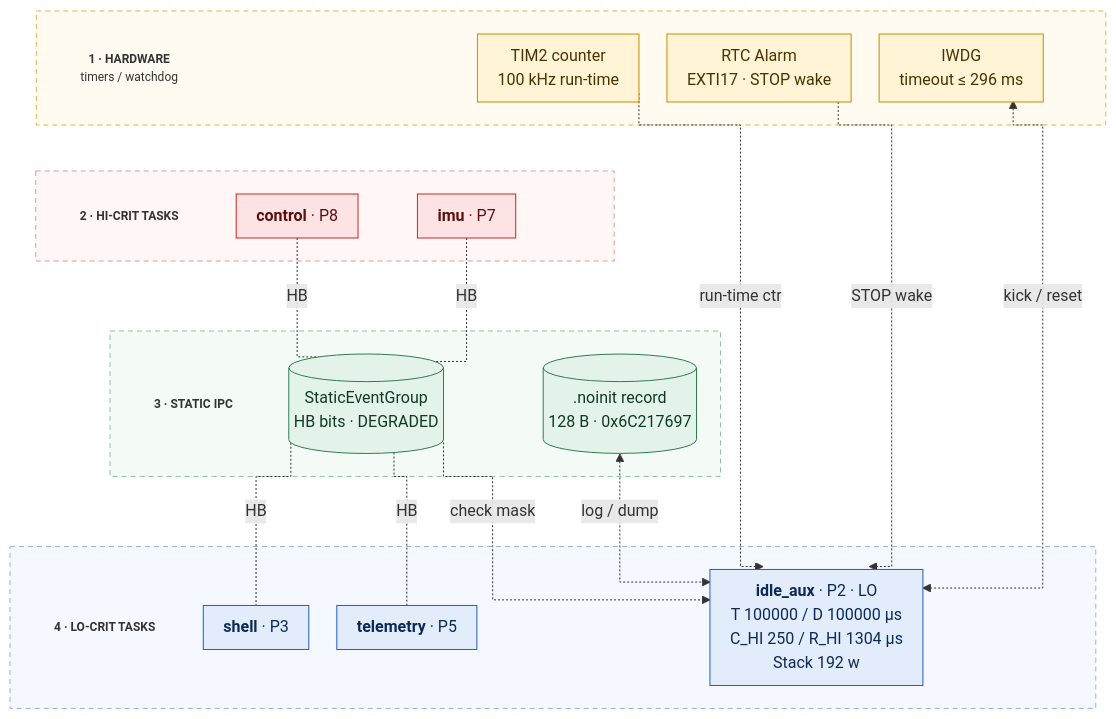
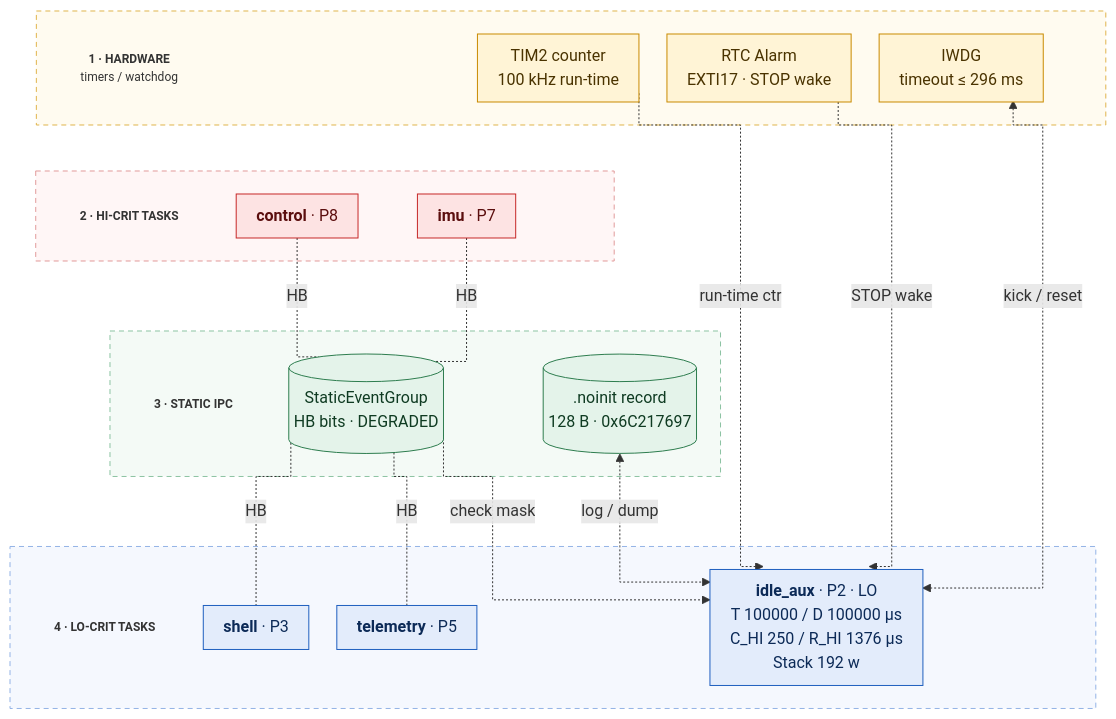
One commit to NguyenTrongNhan2006/intern-261-rtos-course-hard changed the second of 3 diagrams in week4/ex1/REPORT.md. Above: the diagram before and after it, drawn with Mermaid. The commit also changed other lines of this file and 4 other files, not shown here.

````diff
--- a/week4/ex1/REPORT.md
+++ b/week4/ex1/REPORT.md
@@ -76,48 +77,48 @@
 ```mermaid
 %%{init: {"flowchart": {"curve": "stepBefore", "nodeSpacing": 28, "rankSpacing": 46, "padding": 10}}}%%
 flowchart TB
     subgraph L1[" "]
         T1["<b>1 · HARDWARE</b><br/>timers / watchdog"]:::lane
         TIM2["TIM2 counter<br/>100 kHz run-time"]:::hw
         RTC["RTC Alarm<br/>EXTI17 · STOP wake"]:::hw
         IWDG["IWDG<br/>timeout ≤ 296 ms"]:::hw
     end
     subgraph L2[" "]
         T2["<b>2 · HI-CRIT TASKS</b>"]:::lane
         CTRL["<b>control</b> · P8"]:::hi
         IMU["<b>imu</b> · P7"]:::hi
     end
     subgraph L3[" "]
         T3["<b>3 · STATIC IPC</b>"]:::lane
         EGRP[("StaticEventGroup<br/>HB bits · DEGRADED")]:::ipc
         NOINIT[(".noinit record<br/>128 B · 0x6C217697")]:::ipc
     end
     subgraph L4[" "]
         T4["<b>4 · LO-CRIT TASKS</b>"]:::lane
         SHELL["<b>shell</b> · P3"]:::lo
         TEL["<b>telemetry</b> · P5"]:::lo
-        IDLE["<b>idle_aux</b> · P2 · LO<br/>T 100000 / D 100000 µs<br/>C_HI 250 / R_HI 1304 µs<br/>Stack 192 w"]:::lo
+        IDLE["<b>idle_aux</b> · P2 · LO<br/>T 100000 / D 100000 µs<br/>C_HI 250 / R_HI 1376 µs<br/>Stack 192 w"]:::lo
     end
     T1 ~~~ T2
     TIM2 ~~~ CTRL
     RTC ~~~ IMU
     IWDG ~~~ IMU
     CTRL -.-|HB| EGRP
     IMU -.-|HB| EGRP
     EGRP -.-|HB| SHELL
     EGRP -.-|HB| TEL
     EGRP -.->|check mask| IDLE
     NOINIT <-.->|"log / dump"| IDLE
     TIM2 -.->|run-time ctr| IDLE
     RTC -.->|STOP wake| IDLE
     IWDG <-.->|"kick / reset"| IDLE
     classDef lane fill:none,stroke:none,font-size:12px
     classDef hw fill:#FFF4D6,stroke:#C98A00,color:#4A3300
     classDef hi fill:#FDE3E3,stroke:#C62828,color:#5B0E0E
     classDef ipc fill:#E4F3EA,stroke:#2E7D4F,color:#0F3B22
     classDef lo fill:#E3ECFB,stroke:#1F5FBF,color:#0C2A57
     style L1 fill:#FFFBF0,stroke:#E0B44C,stroke-dasharray:5 4
     style L2 fill:#FFF6F6,stroke:#E19A9A,stroke-dasharray:5 4
     style L3 fill:#F4FAF6,stroke:#8CC3A2,stroke-dasharray:5 4
     style L4 fill:#F5F8FE,stroke:#93B3E6,stroke-dasharray:5 4
 ```
````
